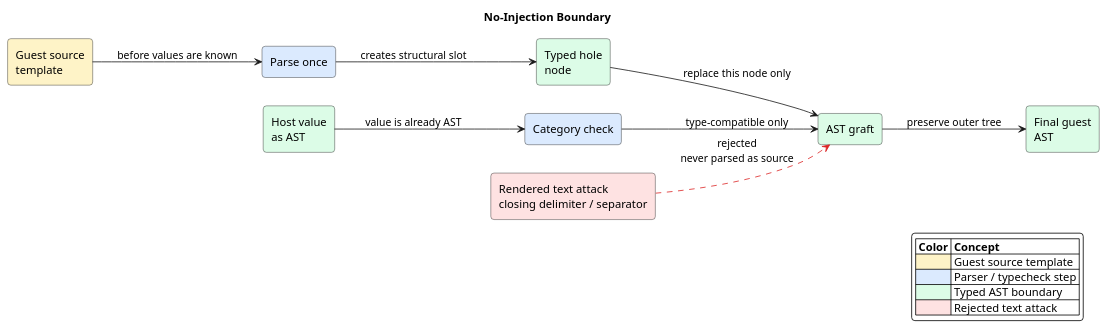
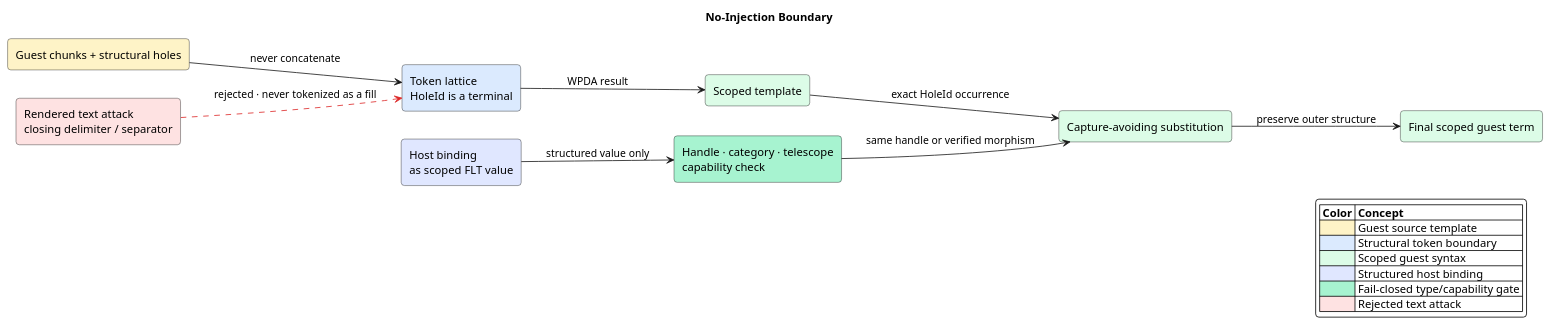
Before and after one commit to F1R3FLY-io/FIPS: the diagram in under-review/2026-06-26-Foreign-Language-Terms/diagrams/04-no-injection-boundary.puml, drawn with PlantUML. The commit also changed 12 other files, not shown here.

Commit message:
docs: define structural FLTs and theorem-typed channels

```diff
--- a/under-review/2026-06-26-Foreign-Language-Terms/diagrams/04-no-injection-boundary.puml
+++ b/under-review/2026-06-26-Foreign-Language-Terms/diagrams/04-no-injection-boundary.puml
@@ -1,33 +1,35 @@
 @startuml
 title No-Injection Boundary
 left to right direction
 skinparam backgroundColor #FFFFFF
 skinparam shadowing false
 skinparam roundcorner 8
 skinparam defaultFontName SansSerif
 
-rectangle "Guest source\ntemplate" as Source #FEF3C7
-rectangle "Parse once" as Parse #DBEAFE
-rectangle "Typed hole\nnode" as Hole #DCFCE7
-rectangle "Host value\nas AST" as Value #DCFCE7
-rectangle "Category check" as Check #DBEAFE
-rectangle "AST graft" as Graft #DCFCE7
-rectangle "Final guest\nAST" as Result #DCFCE7
+rectangle "Guest chunks + structural holes" as Source #FEF3C7
+rectangle "Token lattice\nHoleId is a terminal" as Parse #DBEAFE
+rectangle "Scoped template" as Hole #DCFCE7
+rectangle "Host binding\nas scoped FLT value" as Value #E0E7FF
+rectangle "Handle · category · telescope\ncapability check" as Check #A7F3D0
+rectangle "Capture-avoiding substitution" as Graft #DCFCE7
+rectangle "Final scoped guest term" as Result #DCFCE7
 rectangle "Rendered text attack\nclosing delimiter / separator" as Attack #FEE2E2
 
-Source --> Parse : before values are known
-Parse --> Hole : creates structural slot
-Value --> Check : value is already AST
-Check --> Graft : type-compatible only
-Hole --> Graft : replace this node only
-Graft --> Result : preserve outer tree
-Attack -[#DC2626,dashed]-> Graft : rejected\nnever parsed as source
+Source --> Parse : never concatenate
+Parse --> Hole : WPDA result
+Value --> Check : structured value only
+Check --> Graft : same handle or verified morphism
+Hole --> Graft : exact HoleId occurrence
+Graft --> Result : preserve outer structure
+Attack -[#DC2626,dashed]-> Parse : rejected · never tokenized as a fill
 
 legend right
   |= Color |= Concept |
   |<#FEF3C7> | Guest source template |
-  |<#DBEAFE> | Parser / typecheck step |
-  |<#DCFCE7> | Typed AST boundary |
+  |<#DBEAFE> | Structural token boundary |
+  |<#DCFCE7> | Scoped guest syntax |
+  |<#E0E7FF> | Structured host binding |
+  |<#A7F3D0> | Fail-closed type/capability gate |
   |<#FEE2E2> | Rejected text attack |
 endlegend
 @enduml
```
